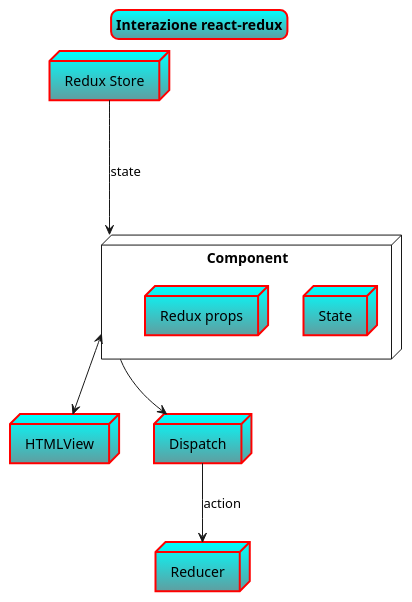
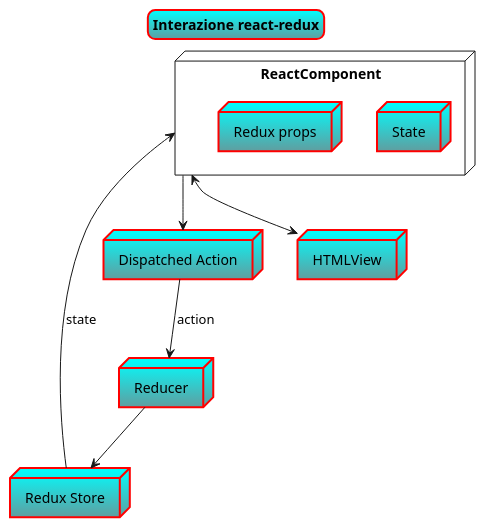
One commit to ALIENK9/Canteen changed the diagram in docs/uml/react-redux.puml. Above: the diagram before and after it, drawn with PlantUML. The commit also changed 44 other files, not shown here.

```diff
--- a/docs/uml/react-redux.puml
+++ b/docs/uml/react-redux.puml
@@ -1,26 +1,28 @@
 @startuml react-redux
 skinparam titleBorderRoundCorner 15
 skinparam titleBorderThickness 2
 skinparam titleBorderColor red
 skinparam titleBackgroundColor Aqua-CadetBlue
 
 title Interazione react-redux 
 
 
-node Component {
+
+node "Redux Store" as Store
+
+node Reducer
+node "Dispatched Action" as Dispatch
+
+node ReactComponent as Component {
 	node "State" as Browser
   node "Redux props" as Rprops
 }
 node HTMLView
 
-node "Redux Store" as Store
-
-node Reducer
-node Dispatch
-
-Store ---> Component : state
+Dispatch --> Reducer : action 
+Reducer --> Store
+Store --> Component : state
 Component --> Dispatch
 Component <--> HTMLView
-Dispatch --> Reducer : action 
 
 @enduml
```
